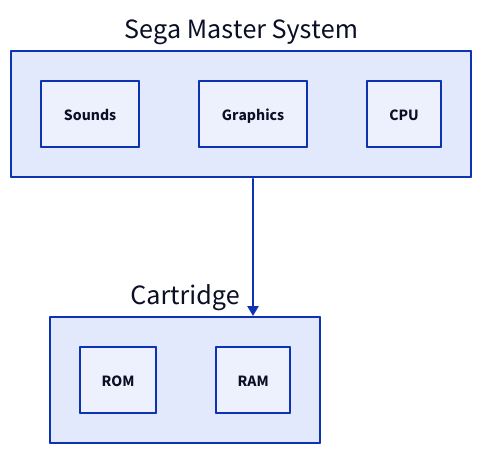
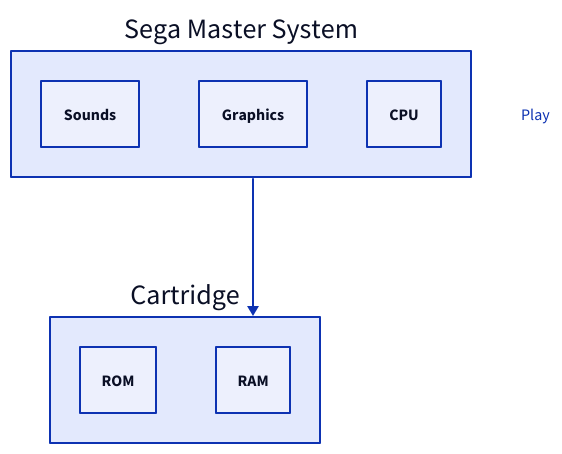
One commit to ajgrah2000/emulation_overview changed the diagram in d2_images/sms.d2. Above: the diagram before and after it, drawn with D2. The commit also changed 10 other files, not shown here.

Commit message:
Added info on graphics, links to github io, demo.

```diff
--- a/d2_images/sms.d2
+++ b/d2_images/sms.d2
@@ -1,12 +1,15 @@
 Sega Master System: {
   Sounds
   Graphics
   CPU
 }
 
 Cartridge: {
   ROM
   RAM
 }
 
 Sega Master System -> Cartridge
+Play: |md
+  [Play](https://ajgrah2000.github.io/rustsega/)
+|
```
